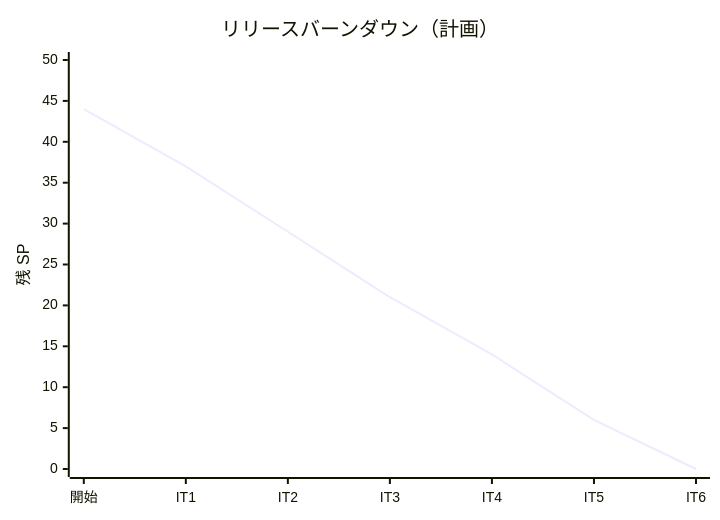
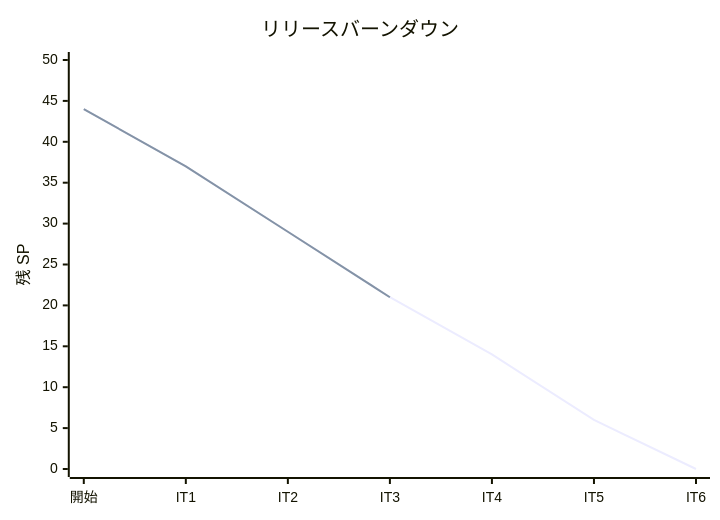
One commit to k2works/case-study-sdd-development changed the second of 2 diagrams in docs/development/release_plan.md. Above: the diagram before and after it, drawn with Mermaid. The commit also changed other lines of this file and 5 other files, not shown here.

````diff
--- a/docs/development/release_plan.md
+++ b/docs/development/release_plan.md
@@ -358,7 +358,8 @@
 ```mermaid
 xychart-beta
-    title "リリースバーンダウン（計画）"
+    title "リリースバーンダウン"
     x-axis ["開始", "IT1", "IT2", "IT3", "IT4", "IT5", "IT6"]
     y-axis "残 SP" 0 --> 50
-    line [44, 37, 29, 21, 14, 6, 0]
+    line "計画" [44, 37, 29, 21, 14, 6, 0]
+    line "実績" [44, 37, 29, 21]
 ```
````
